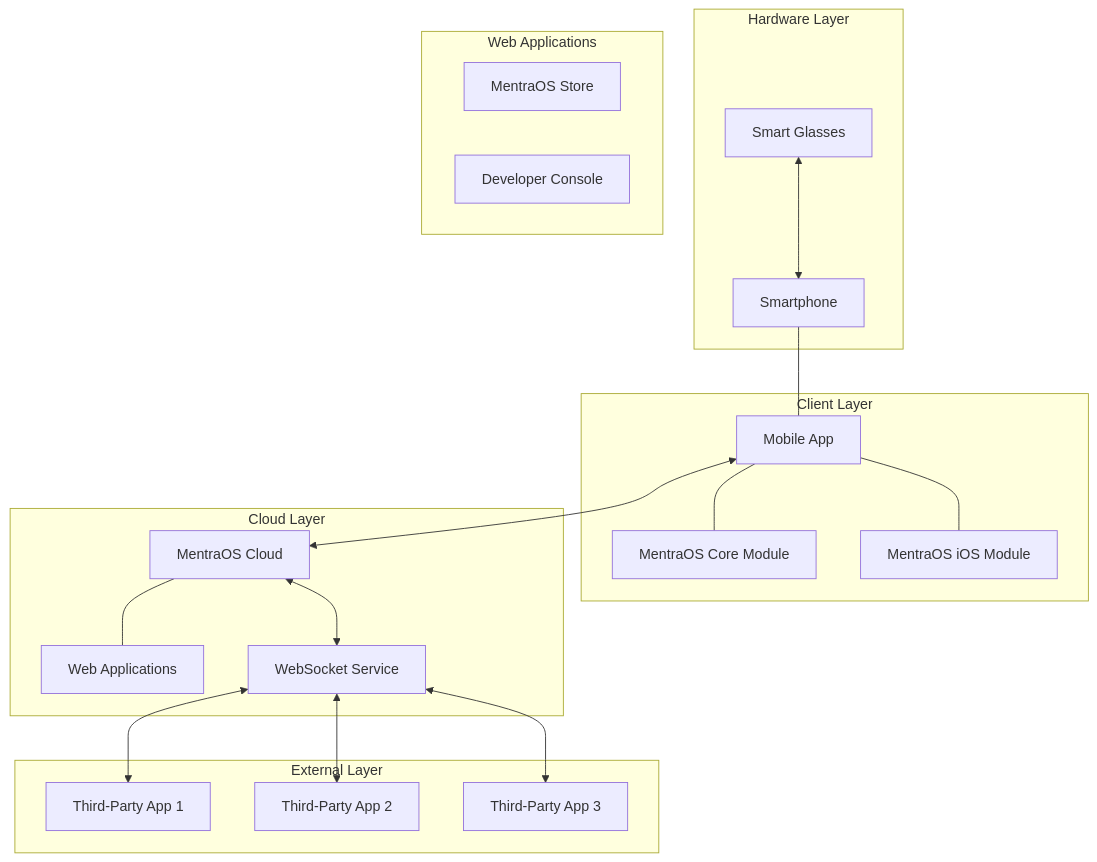
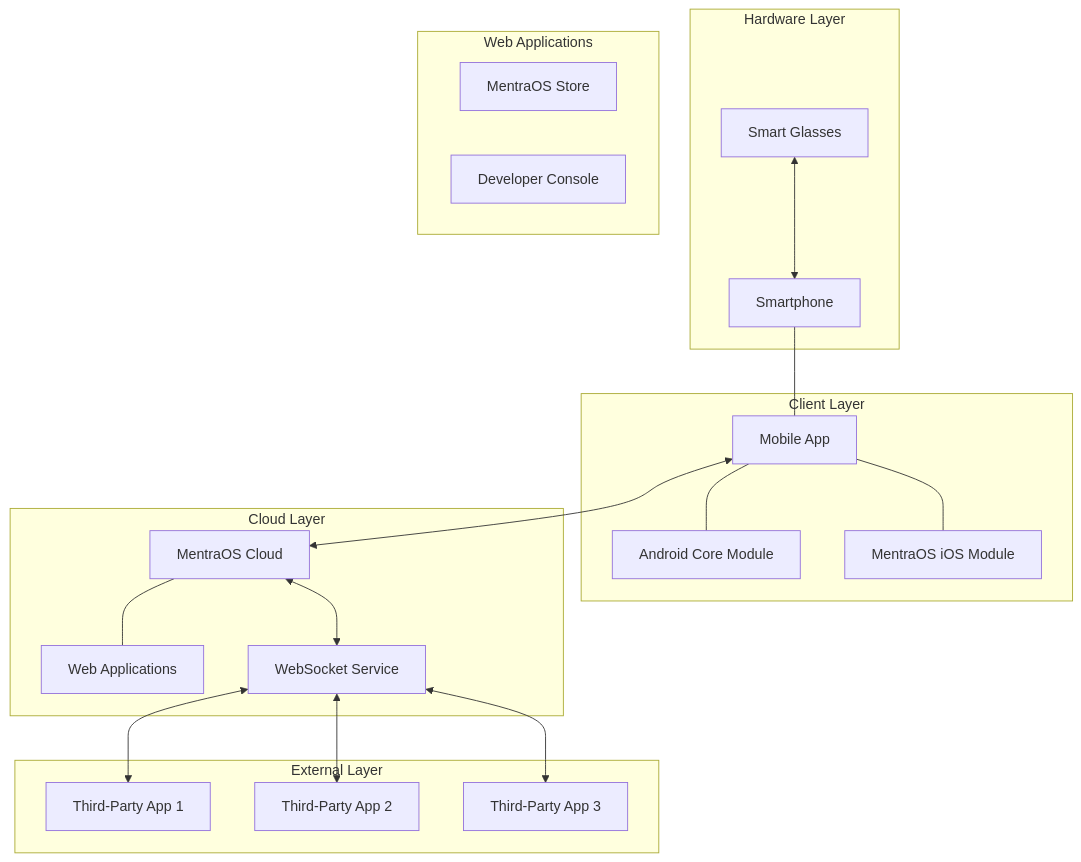
Before and after one commit to ebowwa/MentraOS: the first of 2 diagrams in docs/docs/contributing.md, drawn with Mermaid. The commit also changed 9 other files, not shown here.

````diff
--- a/docs/docs/contributing.md
+++ b/docs/docs/contributing.md
@@ -17,41 +17,41 @@
 ```mermaid
 graph TD
     subgraph "Hardware Layer"
         SG[Smart Glasses]
         Phone[Smartphone]
     end
 
     subgraph "Client Layer"
         MobileApp[Mobile App]
-        AOSCore[MentraOS Core Module]
+        AOSCore[Android Core Module]
         AOSiOS[MentraOS iOS Module]
     end
 
     subgraph "Cloud Layer"
         AOSCloud[MentraOS Cloud]
         WebApps[Web Applications]
         WebSocket[WebSocket Service]
     end
 
     subgraph "Web Applications"
         AppStore[MentraOS Store]
         DevConsole[Developer Console]
     end
 
     subgraph "External Layer"
         App1[Third-Party App 1]
         App2[Third-Party App 2]
         App3[Third-Party App 3]
     end
 
     SG <--> Phone
     Phone --- MobileApp
     MobileApp --- AOSCore
     MobileApp --- AOSiOS
     MobileApp <--> AOSCloud
     AOSCloud --- WebApps
     AOSCloud <--> WebSocket
     WebSocket <--> App1
     WebSocket <--> App2
     WebSocket <--> App3
 ```
````
